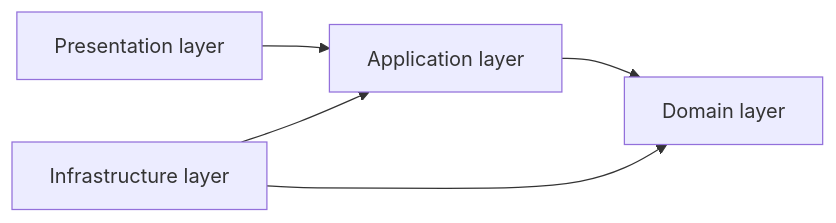
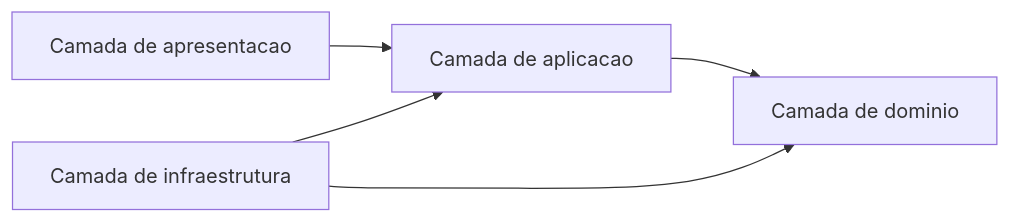
The third of 3 diagrams in README.md (ThQMS/Devpulse), drawn with Mermaid before and after one commit. The commit also changed other lines of this file, not shown here.

````diff
--- a/README.md
+++ b/README.md
@@ -77,12 +79,12 @@
 ```mermaid
 graph LR
-  Presentation[Presentation layer]
-  Application[Application layer]
-  Domain[Domain layer]
-  Infrastructure[Infrastructure layer]
+  Presentation[Camada de apresentacao]
+  Application[Camada de aplicacao]
+  Domain[Camada de dominio]
+  Infrastructure[Camada de infraestrutura]
 
   Presentation --> Application
   Application --> Domain
   Infrastructure --> Application
   Infrastructure --> Domain
 ```
````
